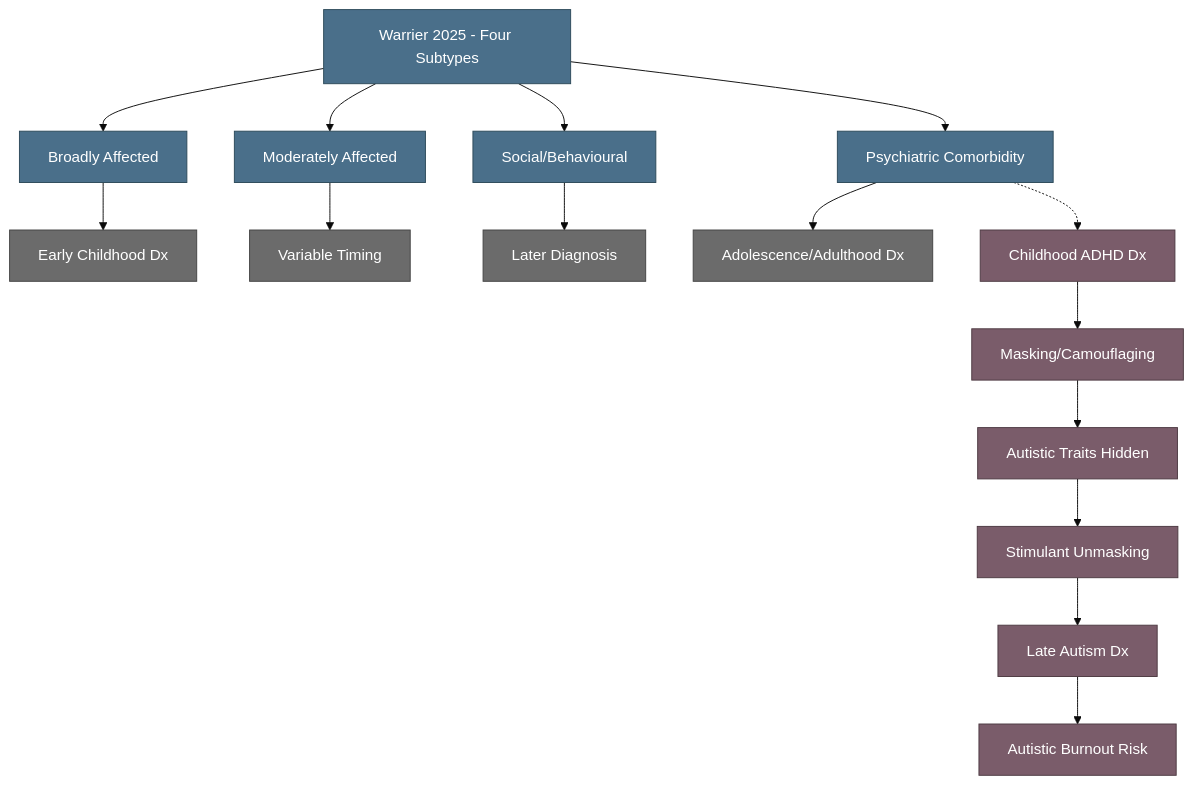
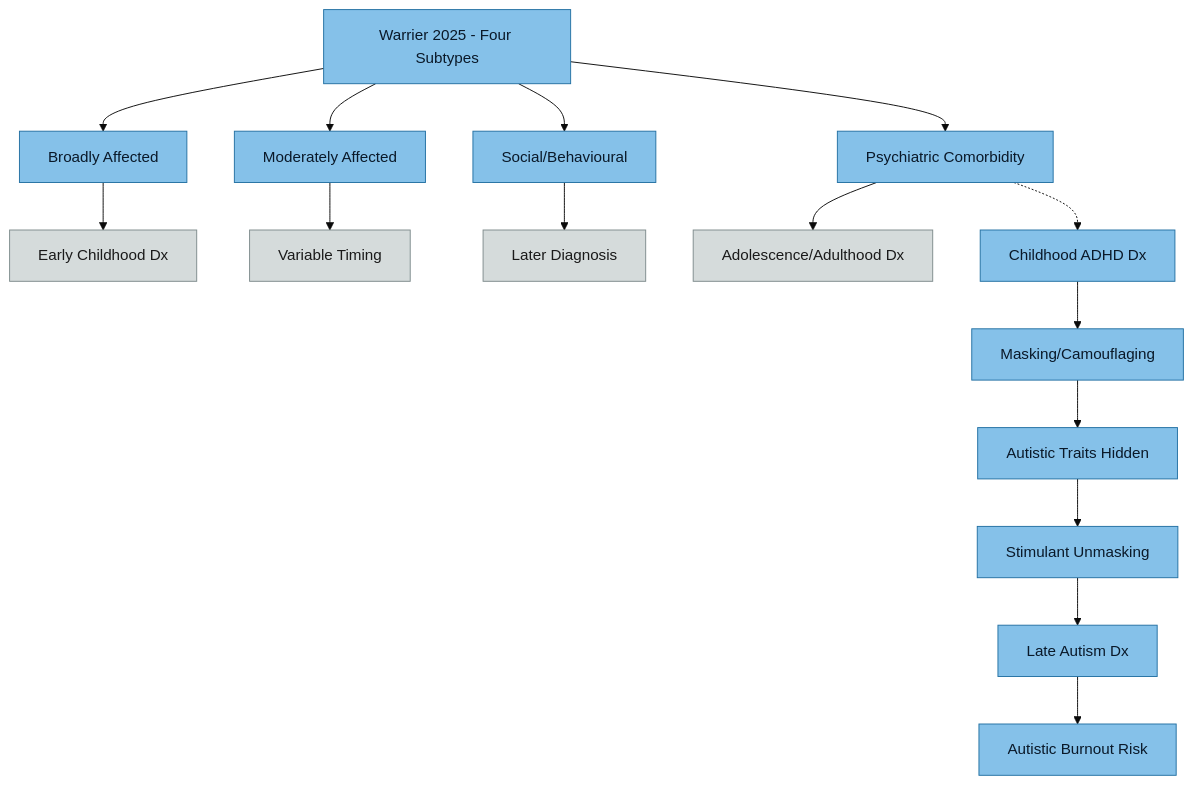
One commit to Aegis-commits/ag-hfe-adhd-asd-research changed the diagram in neurodevelopment/Late-Diagnosed Autism - Distinct Profile.md. Above: the diagram before and after it, drawn with Mermaid (base theme). The commit also changed 39 other files, not shown here.

First line of the commit message:
docs(vault): standardise diagram colours for light-mode readability, add MOC quick nav

````diff
--- a/neurodevelopment/Late-Diagnosed Autism - Distinct Profile.md
+++ b/neurodevelopment/Late-Diagnosed Autism - Distinct Profile.md
@@ -30,29 +30,29 @@
 ```mermaid
 flowchart TD
     W[Warrier 2025 - Four Subtypes] --> S1[Broadly Affected]
     W --> S2[Moderately Affected]
     W --> S3[Social/Behavioural]
     W --> S4[Psychiatric Comorbidity]
 
     S1 --> T1[Early Childhood Dx]
     S2 --> T2[Variable Timing]
     S3 --> T3[Later Diagnosis]
     S4 --> T4[Adolescence/Adulthood Dx]
 
     P1[Childhood ADHD Dx] --> P2[Masking/Camouflaging]
     P2 --> P3[Autistic Traits Hidden]
     P3 --> P4[Stimulant Unmasking]
     P4 --> P5[Late Autism Dx]
     P5 --> P6[Autistic Burnout Risk]
 
     S4 -.-> P1
 
-    classDef subtype fill:#4a6f8a,stroke:#2d4a5a,color:#fff
-    classDef timing fill:#6b6b6b,stroke:#444,color:#fff
-    classDef pathway fill:#7a5c6a,stroke:#4d3a42,color:#fff
-    classDef link fill:#8a7a4a,stroke:#5a4d2d,color:#fff
+    classDef subtype fill:#85c1e9,stroke:#2471a3,color:#0a1929
+    classDef timing fill:#d5dbdb,stroke:#7f8c8d,color:#1a1a1a
+    classDef pathway fill:#85c1e9,stroke:#2471a3,color:#0a1929
+    classDef link fill:#f0b27a,stroke:#ca6f1e,color:#1a1000
 
     class W,S1,S2,S3,S4 subtype
     class T1,T2,T3,T4 timing
     class P1,P2,P3,P4,P5,P6 pathway
 ```
````
